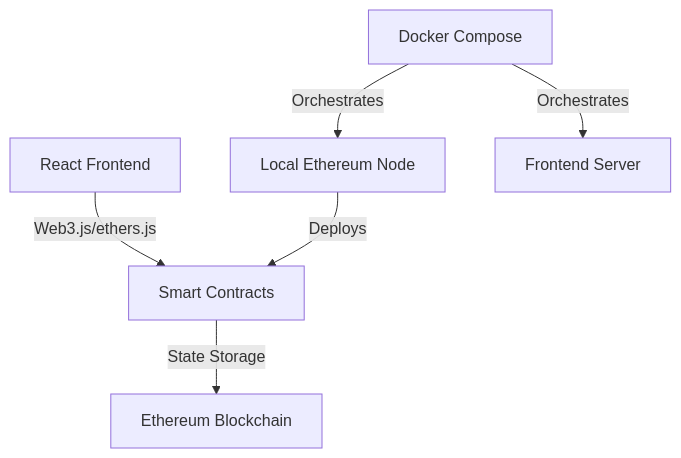
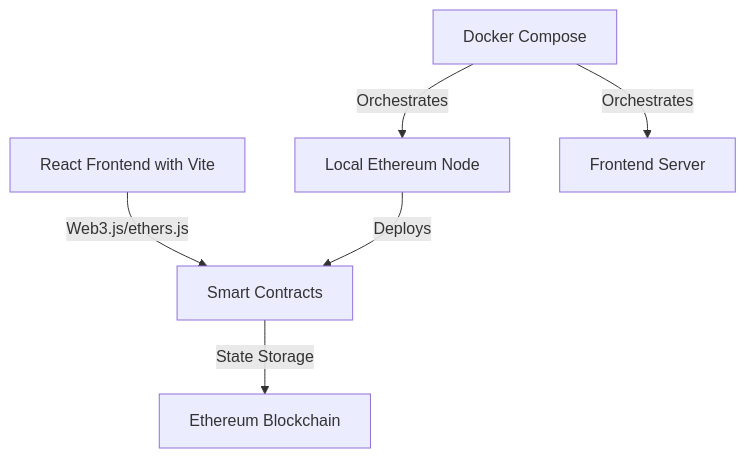
One commit to pavitra-infocusp/ens-demo changed the first of 3 diagrams in .kiro/specs/ens-demo/design.md. Above: the diagram before and after it, drawn with Mermaid. The commit also changed other lines of this file and 1 other file, not shown here.

````diff
--- a/.kiro/specs/ens-demo/design.md
+++ b/.kiro/specs/ens-demo/design.md
@@ -11,8 +11,8 @@
 ```mermaid
 graph TD
-    A[React Frontend] -->|Web3.js/ethers.js| B[Smart Contracts]
+    A[React Frontend with Vite] -->|Web3.js/ethers.js| B[Smart Contracts]
     B -->|State Storage| C[Ethereum Blockchain]
     D[Docker Compose] -->|Orchestrates| E[Local Ethereum Node]
     D -->|Orchestrates| F[Frontend Server]
     E -->|Deploys| B
 ```
````
